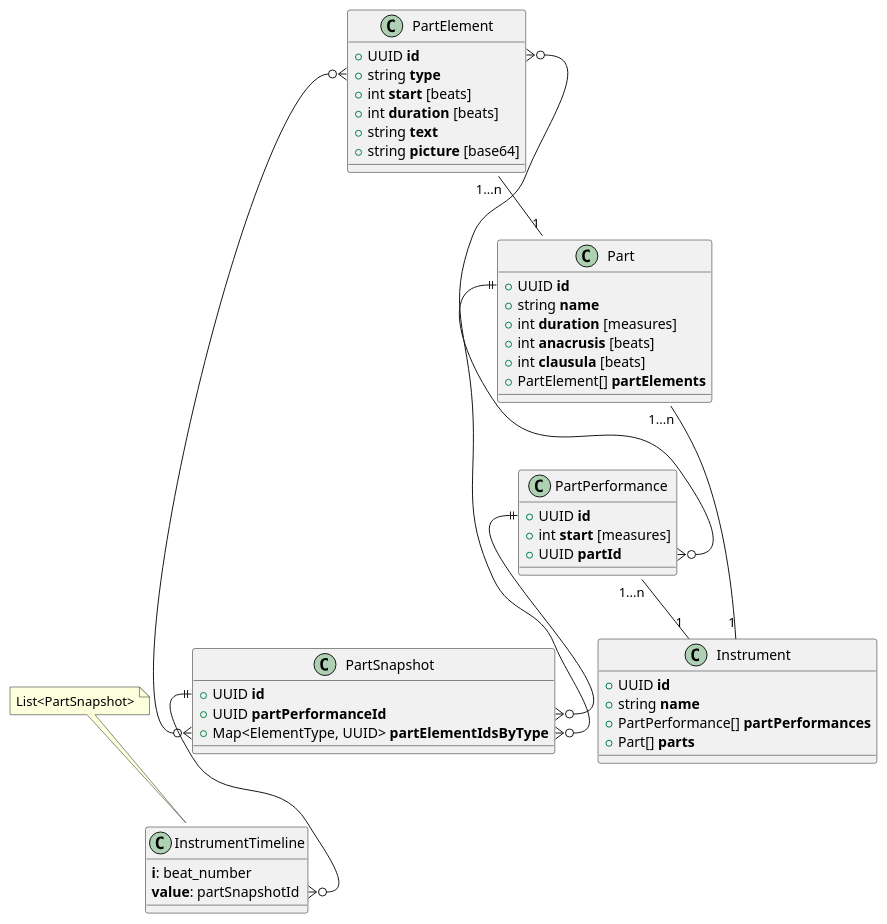
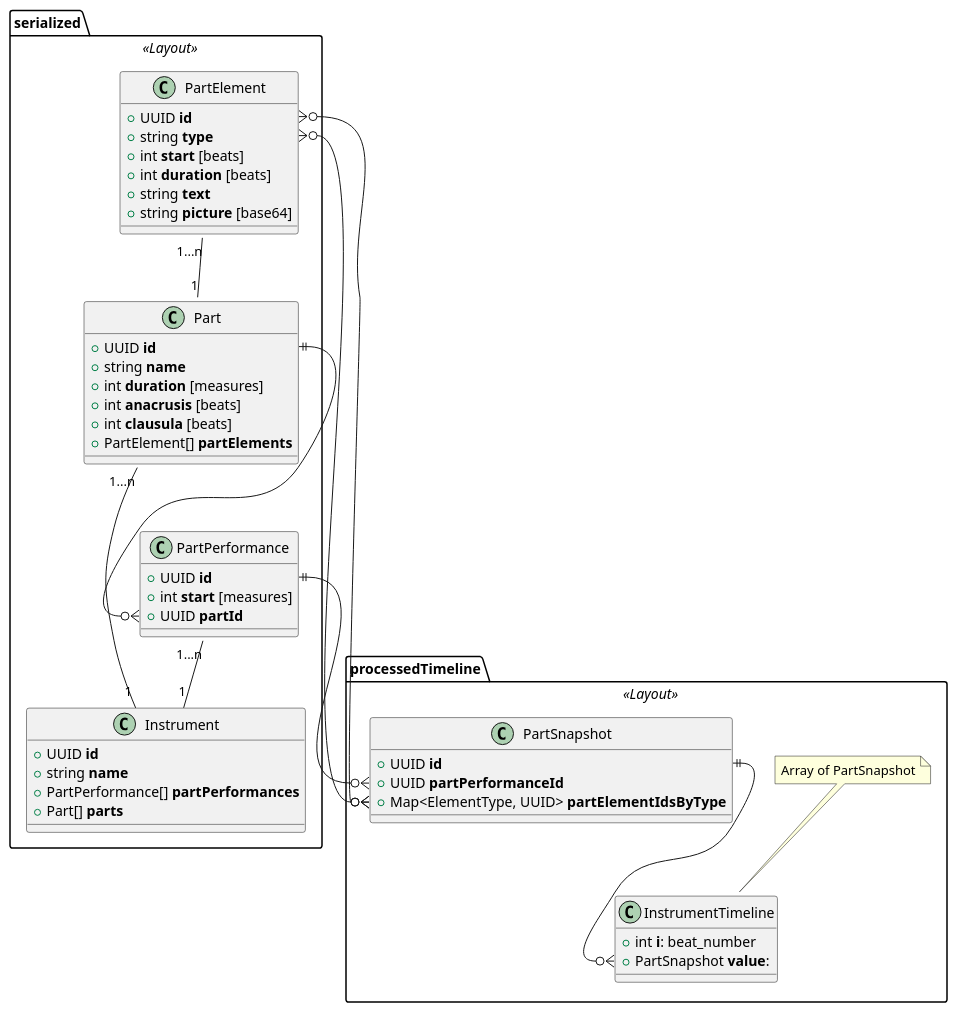
Before and after one commit to bcemehob/kapellmeister: the diagram in doc/instrument-timeline.puml, drawn with PlantUML.

Commit message:
group pattern layers in doc

```diff
--- a/doc/instrument-timeline.puml
+++ b/doc/instrument-timeline.puml
@@ -1,59 +1,63 @@
 @startuml
 
-class InstrumentTimeline {
-    <b>i</b>: beat_number
-    <b>value</b>: partSnapshotId
+  package processedTimeline <<Layout>>
+  {
+    class InstrumentTimeline {
+        + int <b>i</b>: beat_number
+        + PartSnapshot <b>value</b>:
+    }
+    note top {
+    Array of PartSnapshot
+    }
+
+    class PartSnapshot{
+        + UUID <b>id
+        + UUID <b>partPerformanceId
+        + Map<ElementType, UUID> <b>partElementIdsByType
+    }
+  }
+
+  package serialized <<Layout>>
+  {
+    class Instrument {
+        + UUID <b>id
+        + string <b>name
+        + PartPerformance[] <b>partPerformances
+        + Part[] <b>parts
+    }
+
+    class Part {
+        + UUID <b>id
+        + string <b>name
+        + int <b>duration</b> [measures]
+        + int <b>anacrusis</b> [beats]
+        + int <b>clausula</b> [beats]
+        + PartElement[] <b>partElements
+    }
+
+    class PartPerformance {
+        + UUID <b>id
+        + int <b>start</b> [measures]
+        + UUID <b>partId
+    }
+
+    class PartElement {
+        + UUID <b>id
+        + string <b>type
+        + int <b>start</b> [beats]
+        + int <b>duration</b> [beats]
+        + string <b>text</b>
+        + string <b>picture</b> [base64]
+    }
 }
-note top {
-List<PartSnapshot>
-}
-
-class PartSnapshot{
-    + UUID <b>id
-    + UUID <b>partPerformanceId
-    + Map<ElementType, UUID> <b>partElementIdsByType
-}
-
-class Instrument {
-    + UUID <b>id
-    + string <b>name
-    + PartPerformance[] <b>partPerformances
-    + Part[] <b>parts
-}
-
-class Part {
-    + UUID <b>id
-    + string <b>name
-    + int <b>duration</b> [measures]
-    + int <b>anacrusis</b> [beats]
-    + int <b>clausula</b> [beats]
-    + PartElement[] <b>partElements
-}
-
-class PartPerformance {
-    + UUID <b>id
-    + int <b>start</b> [measures]
-    + UUID <b>partId
-}
-
-class PartElement {
-    + UUID <b>id
-    + string <b>type
-    + int <b>start</b> [beats]
-    + int <b>duration</b> [beats]
-    + string <b>text</b>
-    + string <b>picture</b> [base64]
-}
-
-
+Part "1...n" -- "1" Instrument
 PartElement "1...n" -- "1" Part
 PartPerformance "1...n" -- "1" Instrument
-Part "1...n" -- "1" Instrument
 'PartPerformance::partId }o---||  Part::id
 Part::id ||--o{ PartPerformance::partId
 PartSnapshot::id ||--o{ InstrumentTimeline::value
 PartElement::type }o--o{ PartSnapshot::partElementIds
 PartPerformance::id ||--o{ PartSnapshot::partPerformanceId
 PartElement::id }o--o{ PartSnapshot::partElementIds
 
 @enduml
```
